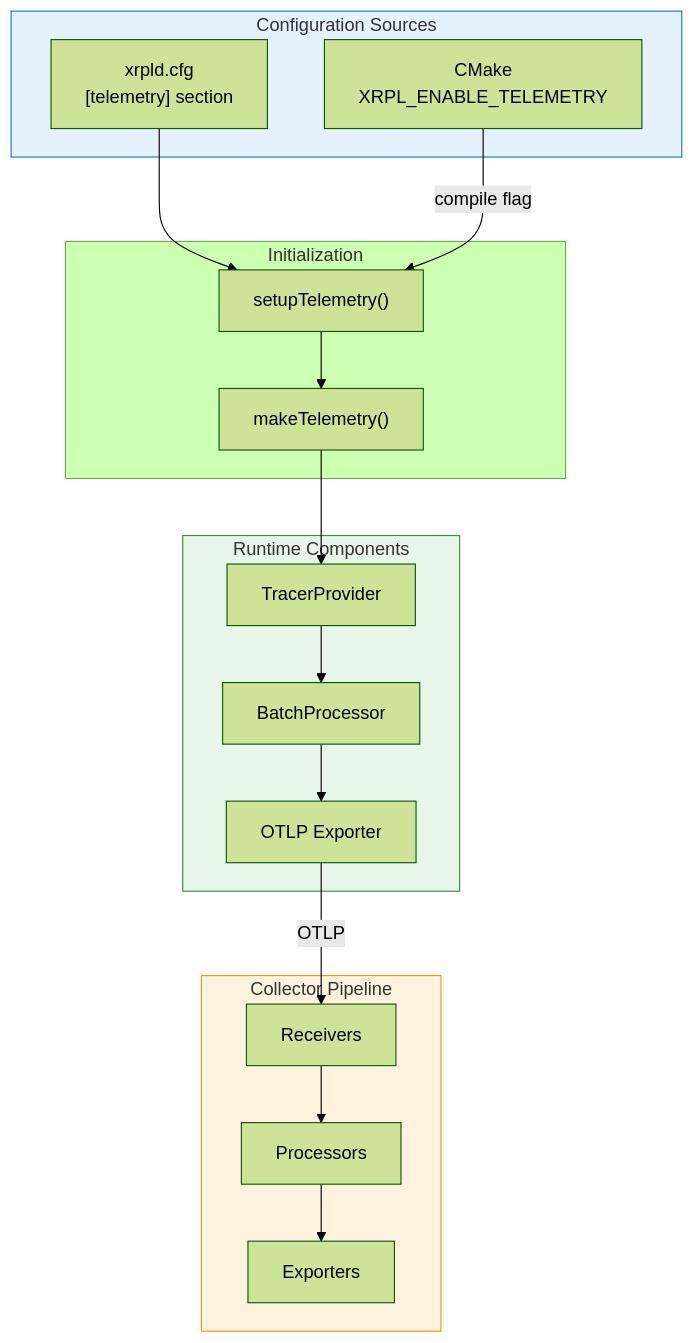
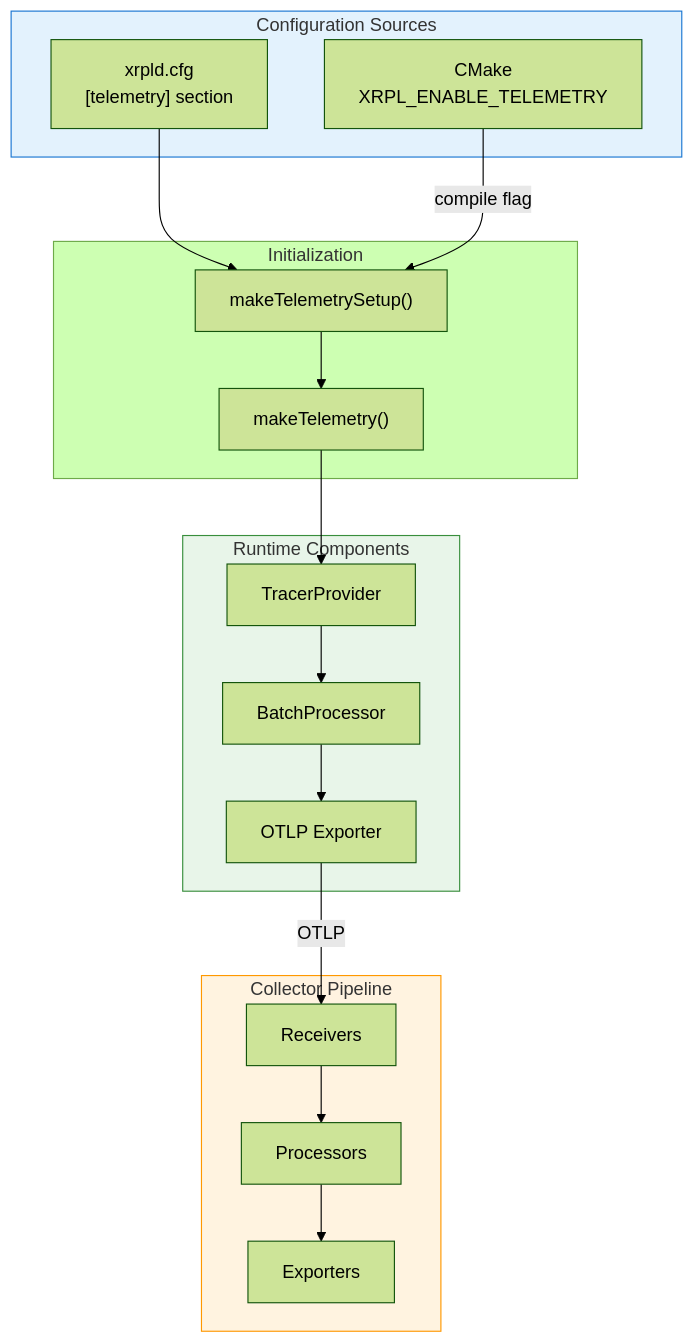
One commit to XRPLF/rippled changed the diagram in OpenTelemetryPlan/05-configuration-reference.md. Above: the diagram before and after it, drawn with Mermaid (forest theme). The commit also changed other lines of this file and 7 other files, not shown here.

````diff
--- a/OpenTelemetryPlan/05-configuration-reference.md
+++ b/OpenTelemetryPlan/05-configuration-reference.md
@@ -124,38 +124,38 @@
 ```mermaid
 flowchart TB
     subgraph config["Configuration Sources"]
         cfgFile["xrpld.cfg<br/>[telemetry] section"]
         cmake["CMake<br/>XRPL_ENABLE_TELEMETRY"]
     end
 
     subgraph init["Initialization"]
-        parse["setupTelemetry()"]
+        parse["makeTelemetrySetup()"]
         factory["makeTelemetry()"]
     end
 
     subgraph runtime["Runtime Components"]
         tracer["TracerProvider"]
         exporter["OTLP Exporter"]
         processor["BatchProcessor"]
     end
 
     subgraph collector["Collector Pipeline"]
         recv["Receivers"]
         proc["Processors"]
         exp["Exporters"]
     end
 
     cfgFile --> parse
     cmake -->|"compile flag"| parse
     parse --> factory
     factory --> tracer
     tracer --> processor
     processor --> exporter
     exporter -->|"OTLP"| recv
     recv --> proc
     proc --> exp
 
     style config fill:#e3f2fd,stroke:#1976d2
     style runtime fill:#e8f5e9,stroke:#388e3c
     style collector fill:#fff3e0,stroke:#ff9800
 ```
````
